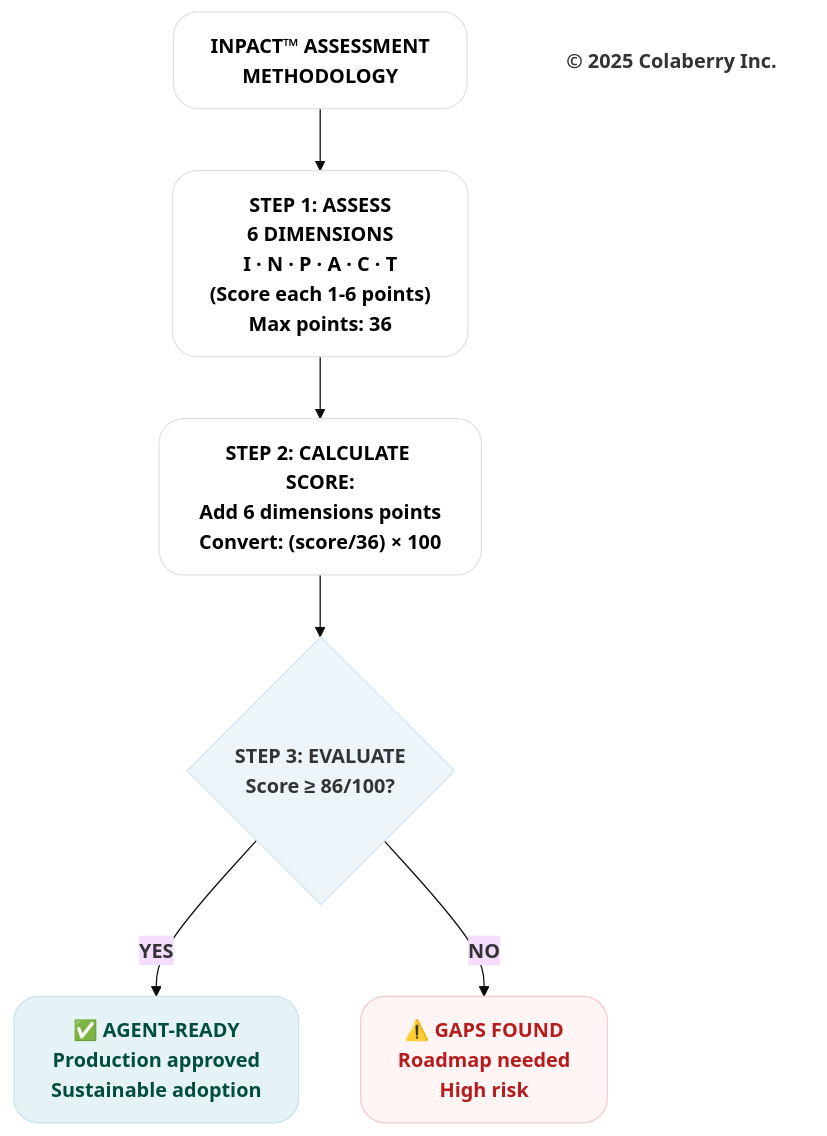
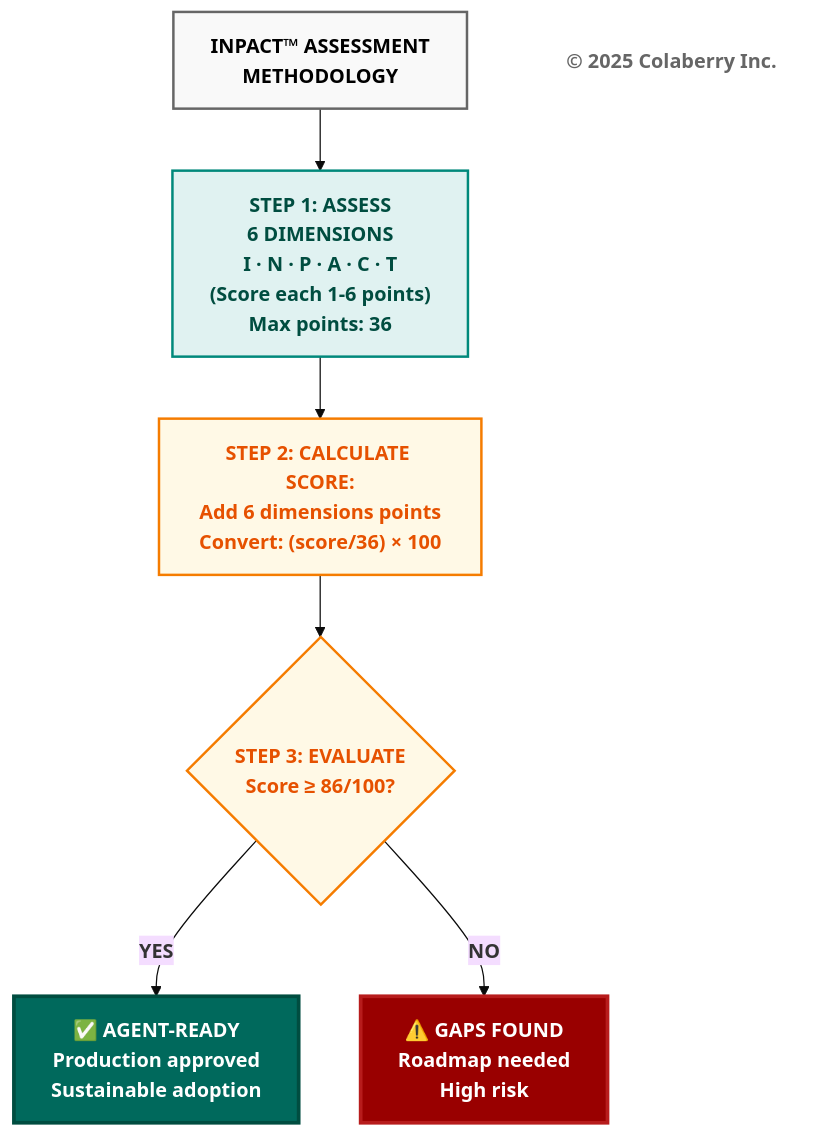
One commit to saitejesh-cyber/trust-before-intelligence-book changed the fifth of 12 diagrams in manuscript/03_chapter_2_inpact_framework.md. Above: the diagram before and after it, drawn with Mermaid (base theme). The commit also changed other lines of this file and 12 other files, not shown here.

Commit message:
Restore legacy Mermaid styles for Option 1

````diff
--- a/manuscript/03_chapter_2_inpact_framework.md
+++ b/manuscript/03_chapter_2_inpact_framework.md
@@ -296,37 +287,28 @@
 ```mermaid
 graph TB
     TITLE["<b>INPACT™ ASSESSMENT<br/> METHODOLOGY</b>"]
     
     ASSESS["<b>STEP 1: ASSESS<br/> 6 DIMENSIONS</b><br/><b>I · N · P · A · C · T</b><br/><b>(Score each 1-6 points)</br>Max points: 36</b>"]
     
     CALC["<b>STEP 2: CALCULATE SCORE:</b><br/><b>Add 6 dimensions points</b><br/><b>Convert: (score/36) × 100</b>"]
     
     DECISION{"<b>STEP 3: EVALUATE</b><br/><b>Score ≥ 86/100?</b>"}
     
     READY["<b>✅ AGENT-READY</b><br/><b>Production approved</b><br/><b>Sustainable adoption</b>"]
     
     GAPS["<b>⚠️ GAPS FOUND</b><br/><b>Roadmap needed</b><br/><b>High risk</b>"]
     
     COPYRIGHT["<b>© 2025 Colaberry Inc.</b>"]
     
     TITLE --> ASSESS --> CALC --> DECISION
     DECISION -->|<b>YES</b>| READY
     DECISION -->|<b>NO</b>| GAPS
-
-    %% ⚪ CONTEXT / FRAMING
-    style TITLE fill:#ffffff,stroke:#e0e0e0,stroke-width:1px,color:#000000,rx:20,ry:20
-    style ASSESS fill:#ffffff,stroke:#e0e0e0,stroke-width:1px,color:#000000,rx:20,ry:20
-    style CALC fill:#ffffff,stroke:#e0e0e0,stroke-width:1px,color:#000000,rx:20,ry:20
-
-    %% 🟠 DECISION / PRESSURE POINT
-    style DECISION fill:#edf4fa,stroke:#d6e4f2,stroke-width:1px,color:#333333,rx:20,ry:20
-
-    %% 🟢 TRUSTED / INPACT™-FULFILLED
-    style READY fill:#e6f3f6,stroke:#c7e3ea,stroke-width:1px,color:#004d40,rx:20,ry:20
-
-    %% 🔴 FAILURE / RISK
-    style GAPS fill:#fff5f5,stroke:#f2caca,stroke-width:1px,color:#b71c1c,rx:20,ry:20
-
-    %% FOOTER
-    style COPYRIGHT fill:none,stroke:none,color:#333333
+    
+    style TITLE fill:#f9f9f9,stroke:#666666,stroke-width:2px,color:#000000
+    style ASSESS fill:#e0f2f1,stroke:#00897b,stroke-width:2px,color:#004d40
+    style CALC fill:#fff9e6,stroke:#f57c00,stroke-width:2px,color:#e65100
+    style DECISION fill:#fff9e6,stroke:#f57c00,stroke-width:2px,color:#e65100
+    style READY fill:#00695c,color:#ffffff,stroke:#004d40,stroke-width:3px
+    style GAPS fill:#990000,color:#ffffff,stroke:#b71c1c,stroke-width:3px
+    style COPYRIGHT fill:#ffffff,stroke:none,color:#666666
 ```
````
